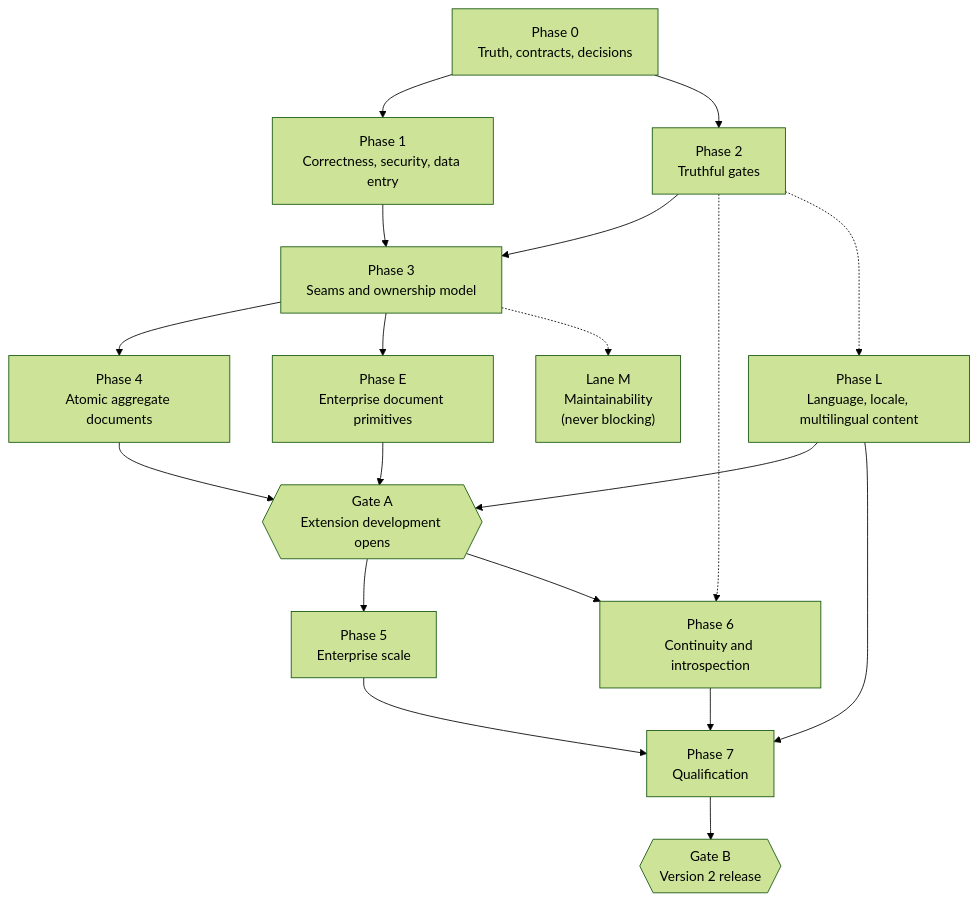
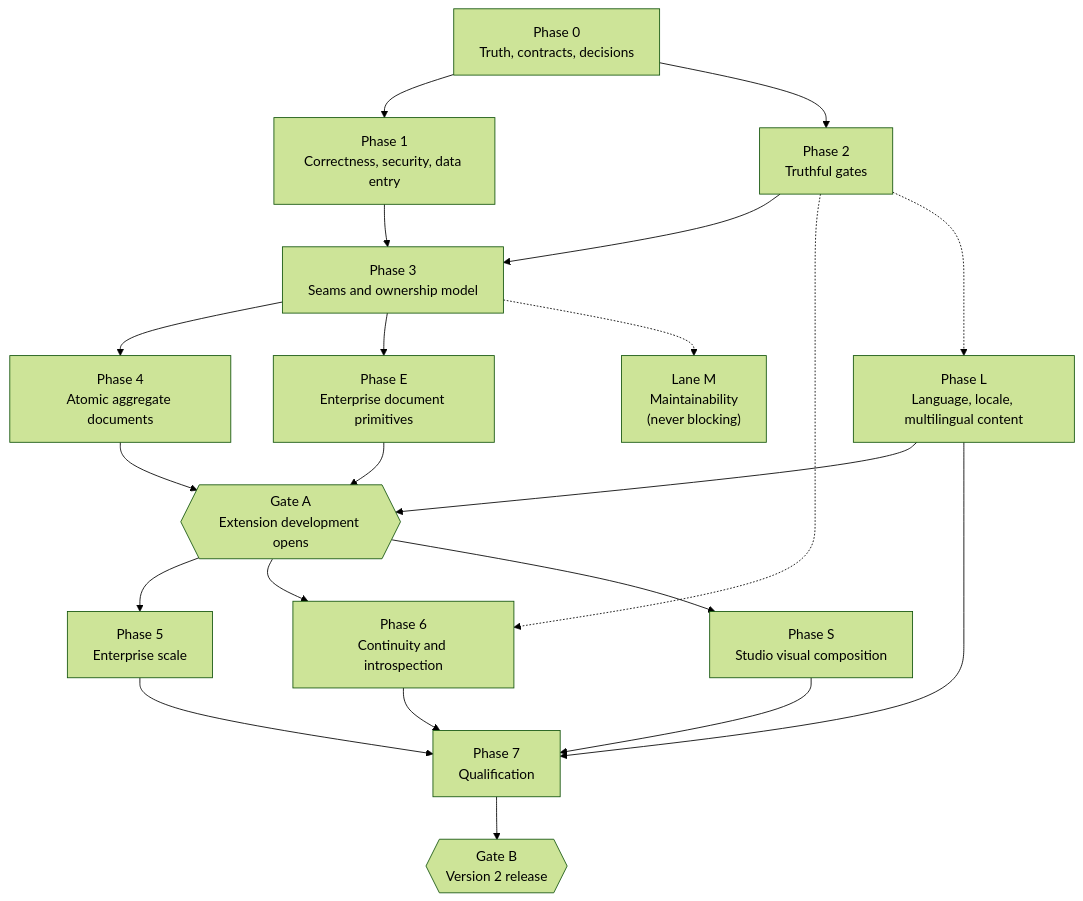
One commit to kumwe/app changed the diagram in docs/roadmap/README.md. Above: the diagram before and after it, drawn with Mermaid (forest theme). The commit also changed other lines of this file and 2 other files, not shown here.

First line of the commit message:
Add phase S and Gate B criterion 12 for Studio visual composition

````diff
--- a/docs/roadmap/README.md
+++ b/docs/roadmap/README.md
@@ -1065,34 +1102,37 @@
 ```mermaid
 flowchart TD
     P0["Phase 0<br/>Truth, contracts, decisions"]
     P1["Phase 1<br/>Correctness, security, data entry"]
     P2["Phase 2<br/>Truthful gates"]
     P3["Phase 3<br/>Seams and ownership model"]
     P4["Phase 4<br/>Atomic aggregate documents"]
     PE["Phase E<br/>Enterprise document primitives"]
     PL["Phase L<br/>Language, locale, multilingual content"]
     GA{{"Gate A<br/>Extension development opens"}}
     P5["Phase 5<br/>Enterprise scale"]
     P6["Phase 6<br/>Continuity and introspection"]
     P7["Phase 7<br/>Qualification"]
+    PS["Phase S<br/>Studio visual composition"]
     GB{{"Gate B<br/>Version 2 release"}}
     LM["Lane M<br/>Maintainability<br/>(never blocking)"]
     P0 --> P1
     P0 --> P2
     P1 --> P3
     P2 --> P3
     P3 --> P4
     P3 --> PE
     P4 --> GA
     PE --> GA
     PL --> GA
     GA --> P5
     GA --> P6
+    GA --> PS
     P5 --> P7
     P6 --> P7
     P7 --> GB
+    PS --> P7
     PL --> P7
     P2 -.-> P6
     P2 -.-> PL
     P3 -.-> LM
 ```
````
